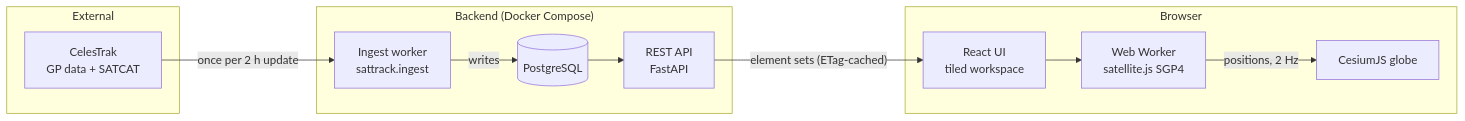
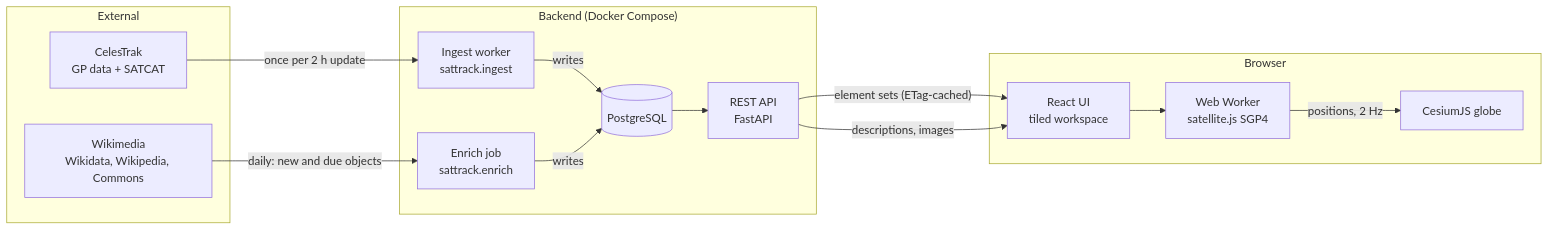
The diagram in docs/architecture.md (cosmo030/satellite-tracker), drawn with Mermaid before and after one commit. The commit also changed other lines of this file and 58 other files, not shown here.

First line of the commit message:
feat: satellite descriptions and images from Wikimedia (#11)

````diff
--- a/docs/architecture.md
+++ b/docs/architecture.md
@@ -9,22 +10,27 @@
 ```mermaid
 flowchart LR
     subgraph External
         CT[CelesTrak<br/>GP data + SATCAT]
+        WM[Wikimedia<br/>Wikidata, Wikipedia, Commons]
     end
     subgraph Backend["Backend (Docker Compose)"]
         IW[Ingest worker<br/>sattrack.ingest]
+        EJ[Enrich job<br/>sattrack.enrich]
         DB[(PostgreSQL)]
         API[REST API<br/>FastAPI]
     end
     subgraph Browser
         UI[React UI<br/>tiled workspace]
         WW[Web Worker<br/>satellite.js SGP4]
         GL[CesiumJS globe]
     end
     CT -- "once per 2 h update" --> IW
+    WM -- "daily: new and due objects" --> EJ
     IW -- writes --> DB
+    EJ -- writes --> DB
     DB --> API
     API -- "element sets (ETag-cached)" --> UI
+    API -- "descriptions, images" --> UI
     UI --> WW
     WW -- "positions, 2 Hz" --> GL
 ```
````
